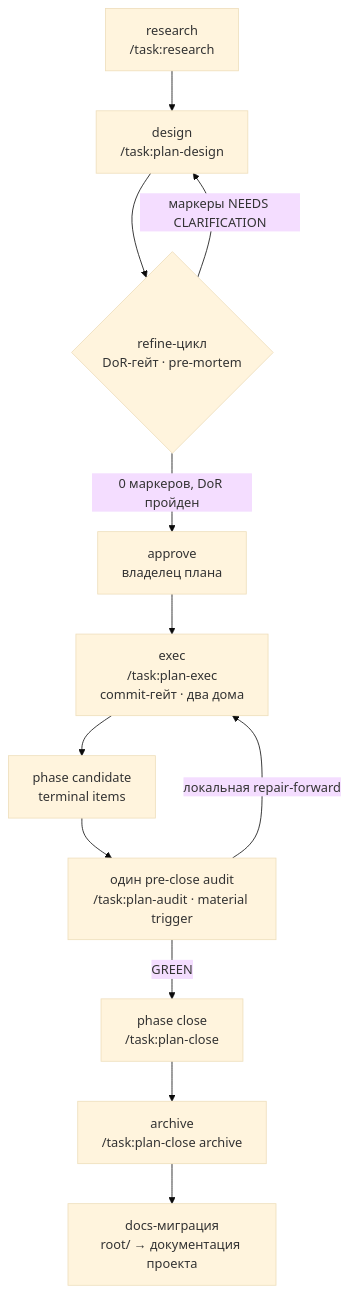
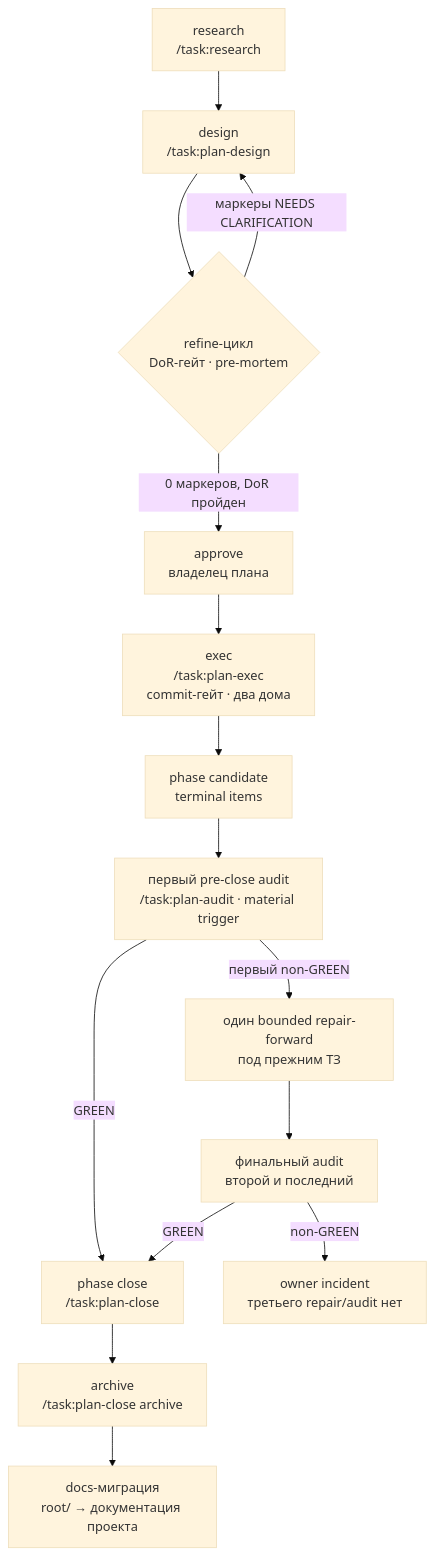
Before and after one commit to academici/swissknifeman: the diagram in docs/task/methodology.md, drawn with Mermaid (base theme). The commit also changed other lines of this file and 21 other files, not shown here.

Commit message:
fix(task): завершить bounded repair (P1.1)

````diff
--- a/docs/task/methodology.md
+++ b/docs/task/methodology.md
@@ -8,14 +8,17 @@
 ```mermaid
 flowchart TD
     R[research<br>/task:research] --> D[design<br>/task:plan-design]
     D --> RF{refine-цикл<br>DoR-гейт · pre-mortem}
     RF -- маркеры NEEDS CLARIFICATION --> D
     RF -- 0 маркеров, DoR пройден --> A[approve<br>владелец плана]
     A --> E[exec<br>/task:plan-exec<br>commit-гейт · два дома]
     E --> C[phase candidate<br>terminal items]
-    C --> RV[один pre-close audit<br>/task:plan-audit · material trigger]
-    RV -- локальная repair-forward --> E
+    C --> RV[первый pre-close audit<br>/task:plan-audit · material trigger]
+    RV -- первый non-GREEN --> RE[один bounded repair-forward<br>под прежним ТЗ]
     RV -- GREEN --> PC[phase close<br>/task:plan-close]
+    RE --> FRV[финальный audit<br>второй и последний]
+    FRV -- GREEN --> PC
+    FRV -- non-GREEN --> INC[owner incident<br>третьего repair/audit нет]
     PC --> AR[archive<br>/task:plan-close archive]
     AR --> DOCS[docs-миграция<br>root/ → документация проекта]
 ```
````
